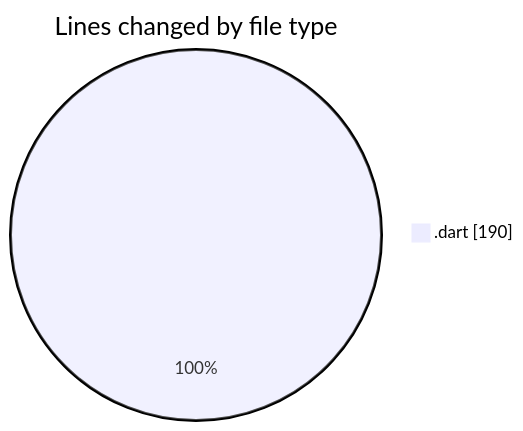
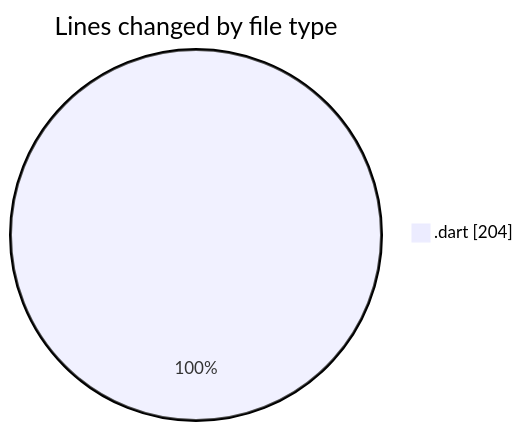
The first of 2 diagrams in 2025-01-27/maps_clone/README.md (donsfak/code-tracking), drawn with Mermaid before and after one commit. The commit also changed other lines of this file and 1 other file, not shown here.

````diff
--- a/2025-01-27/maps_clone/README.md
+++ b/2025-01-27/maps_clone/README.md
@@ -20,5 +20,5 @@
 ```mermaid
 pie showData
 title Lines changed by file type
-".dart" : 190
+".dart" : 204
 ```
````
